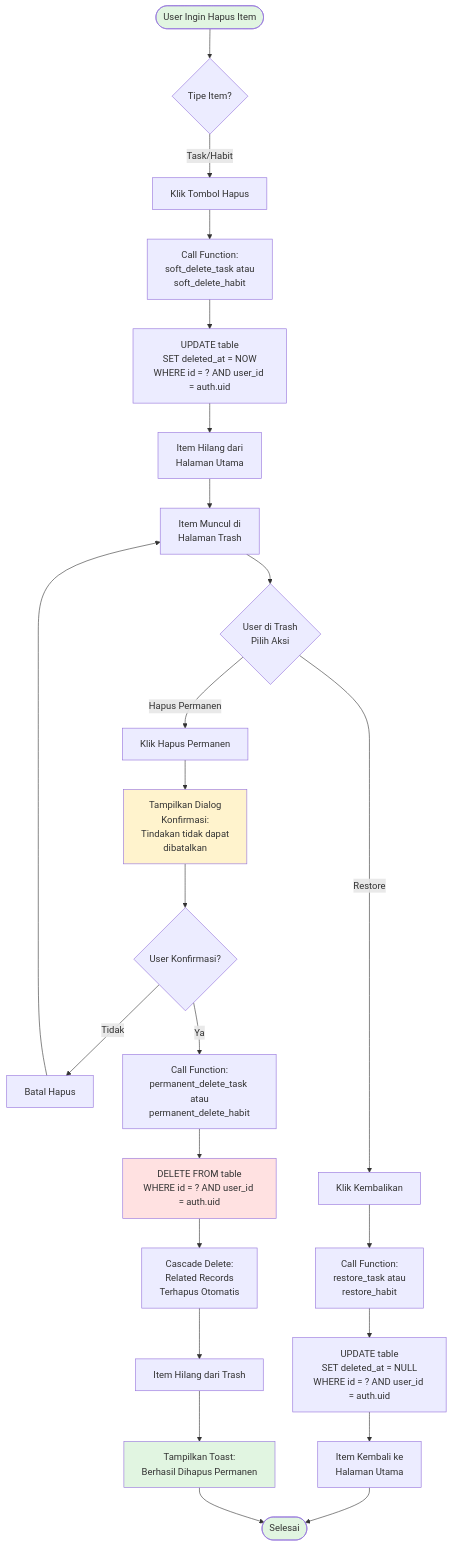
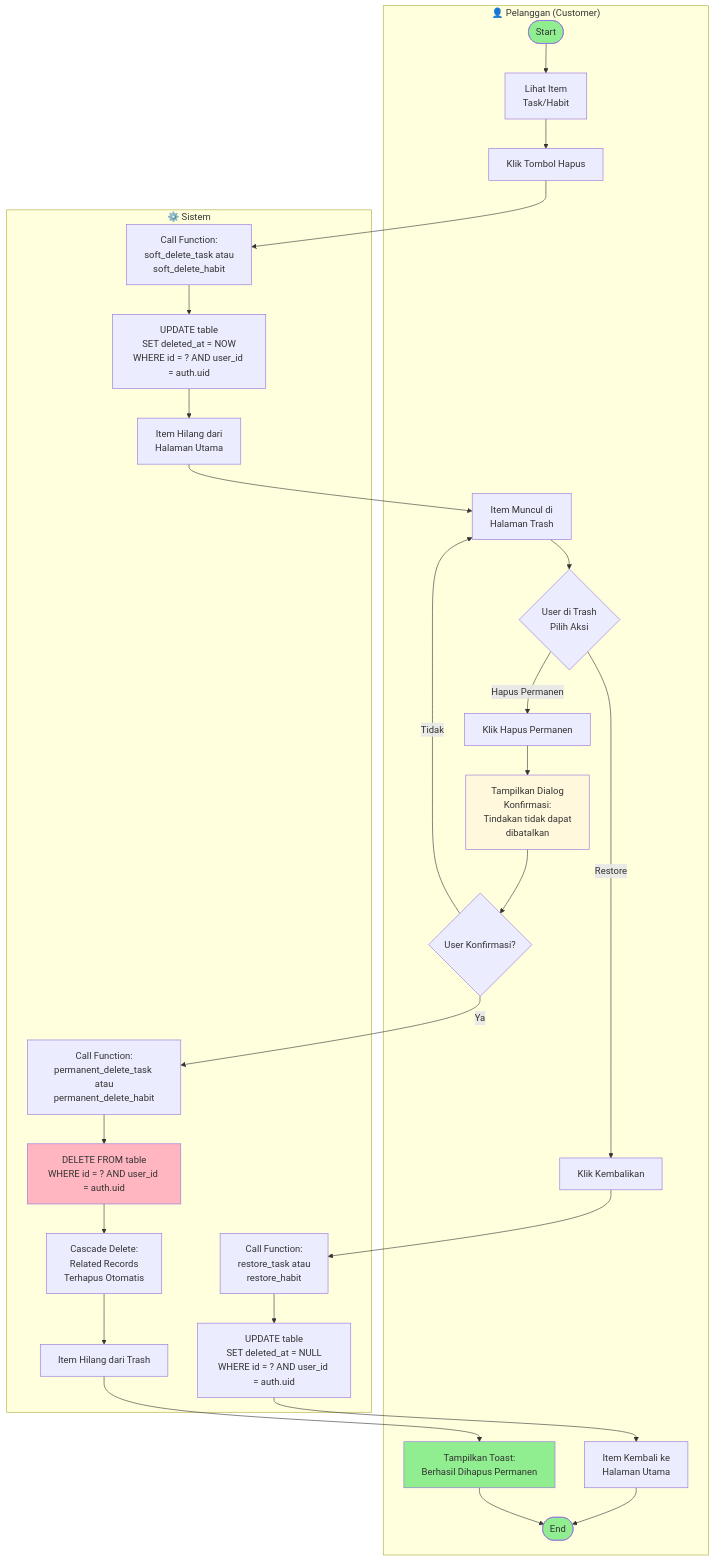
One commit to FarhanEfendi21/FlowDay changed the fifth of 12 diagrams in ACTIVITY_DIAGRAMS.md. Above: the diagram before and after it, drawn with Mermaid. The commit also changed other lines of this file and 2 other files, not shown here.

Commit message:
fix activity diagram

````diff
--- a/ACTIVITY_DIAGRAMS.md
+++ b/ACTIVITY_DIAGRAMS.md
@@ -236,38 +280,49 @@
 ```mermaid
 graph TD
-    Start([User Ingin Hapus Item]) --> TypeChoice{Tipe Item?}
+    subgraph User["👤 Pelanggan (Customer)"]
+        Start([Start]) --> ViewItem[Lihat Item<br/>Task/Habit]
+        ViewItem --> ClickDelete[Klik Tombol Hapus]
+        ShowInTrash[Item Muncul di<br/>Halaman Trash] --> TrashChoice{User di Trash<br/>Pilih Aksi}
+        
+        %% RESTORE
+        TrashChoice -->|Restore| ClickRestore[Klik Kembalikan]
+        BackToMain[Item Kembali ke<br/>Halaman Utama] --> End([End])
+        
+        %% PERMANENT DELETE
+        TrashChoice -->|Hapus Permanen| ClickPermanent[Klik Hapus Permanen]
+        ShowConfirm[Tampilkan Dialog<br/>Konfirmasi:<br/>Tindakan tidak dapat<br/>dibatalkan] --> UserConfirm{User Konfirmasi?}
+        UserConfirm -->|Tidak| ShowInTrash
+        ShowSuccess[Tampilkan Toast:<br/>Berhasil Dihapus Permanen] --> End
+    end
     
-    %% SOFT DELETE FLOW
-    TypeChoice -->|Task/Habit| ClickDelete[Klik Tombol Hapus]
-    ClickDelete --> CallSoftDelete[Call Function:<br/>soft_delete_task atau<br/>soft_delete_habit]
-    CallSoftDelete --> UpdateDeleted[UPDATE table<br/>SET deleted_at = NOW<br/>WHERE id = ? AND user_id = auth.uid]
-    UpdateDeleted --> HideFromMain[Item Hilang dari<br/>Halaman Utama]
-    HideFromMain --> ShowInTrash[Item Muncul di<br/>Halaman Trash]
-    ShowInTrash --> TrashChoice{User di Trash<br/>Pilih Aksi}
+    subgraph System["⚙️ Sistem"]
+        %% SOFT DELETE
+        CallSoftDelete[Call Function:<br/>soft_delete_task atau<br/>soft_delete_habit]
+        CallSoftDelete --> UpdateDeleted[UPDATE table<br/>SET deleted_at = NOW<br/>WHERE id = ? AND user_id = auth.uid]
+        UpdateDeleted --> HideFromMain[Item Hilang dari<br/>Halaman Utama]
+        HideFromMain --> ShowInTrash
+        
+        %% RESTORE
+        CallRestore[Call Function:<br/>restore_task atau<br/>restore_habit]
+        CallRestore --> UpdateRestore[UPDATE table<br/>SET deleted_at = NULL<br/>WHERE id = ? AND user_id = auth.uid]
+        UpdateRestore --> BackToMain
+        
+        %% PERMANENT DELETE
+        ShowConfirm
+        UserConfirm -->|Ya| CallPermanent[Call Function:<br/>permanent_delete_task atau<br/>permanent_delete_habit]
+        CallPermanent --> DeleteDB[DELETE FROM table<br/>WHERE id = ? AND user_id = auth.uid]
+        DeleteDB --> CascadeDelete[Cascade Delete:<br/>Related Records<br/>Terhapus Otomatis]
+        CascadeDelete --> RemoveFromTrash[Item Hilang dari Trash]
+        RemoveFromTrash --> ShowSuccess
+    end
     
-    %% RESTORE FLOW
-    TrashChoice -->|Restore| ClickRestore[Klik Kembalikan]
-    ClickRestore --> CallRestore[Call Function:<br/>restore_task atau<br/>restore_habit]
-    CallRestore --> UpdateRestore[UPDATE table<br/>SET deleted_at = NULL<br/>WHERE id = ? AND user_id = auth.uid]
-    UpdateRestore --> BackToMain[Item Kembali ke<br/>Halaman Utama]
-    BackToMain --> End([Selesai])
-    
-    %% PERMANENT DELETE FLOW
-    TrashChoice -->|Hapus Permanen| ClickPermanent[Klik Hapus Permanen]
-    ClickPermanent --> ShowConfirm[Tampilkan Dialog<br/>Konfirmasi:<br/>Tindakan tidak dapat<br/>dibatalkan]
-    ShowConfirm --> UserConfirm{User Konfirmasi?}
-    UserConfirm -->|Tidak| CancelDelete[Batal Hapus]
-    CancelDelete --> ShowInTrash
-    UserConfirm -->|Ya| CallPermanent[Call Function:<br/>permanent_delete_task atau<br/>permanent_delete_habit]
-    CallPermanent --> DeleteDB[DELETE FROM table<br/>WHERE id = ? AND user_id = auth.uid]
-    DeleteDB --> CascadeDelete[Cascade Delete:<br/>Related Records<br/>Terhapus Otomatis]
-    CascadeDelete --> RemoveFromTrash[Item Hilang dari Trash]
-    RemoveFromTrash --> ShowSuccess[Tampilkan Toast:<br/>Berhasil Dihapus Permanen]
-    ShowSuccess --> End
+    ClickDelete --> CallSoftDelete
+    ClickRestore --> CallRestore
+    ClickPermanent --> ShowConfirm
 
-    style Start fill:#e1f5e1
-    style End fill:#e1f5e1
-    style ShowConfirm fill:#fff3cd
-    style DeleteDB fill:#ffe1e1
-    style ShowSuccess fill:#e1f5e1
+    style Start fill:#90EE90
+    style End fill:#90EE90
+    style ShowConfirm fill:#FFF8DC
+    style DeleteDB fill:#FFB6C1
+    style ShowSuccess fill:#90EE90
 ```
````
